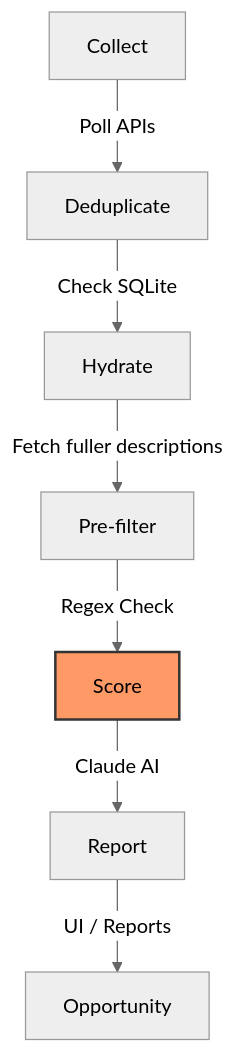
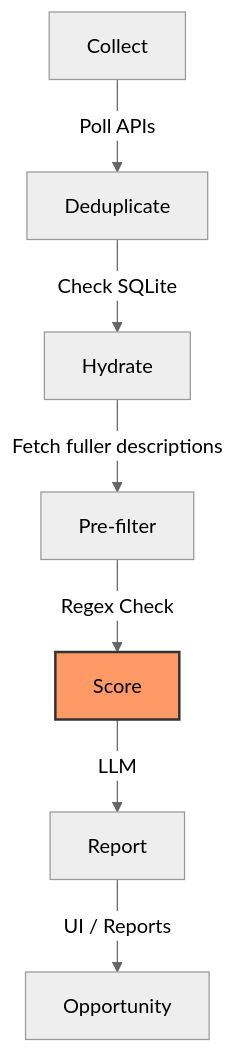
One commit to jdziergwa/job-radar changed the diagram in README.md. Above: the diagram before and after it, drawn with Mermaid (neutral theme). The commit also changed other lines of this file and 6 other files, not shown here.

````diff
--- a/README.md
+++ b/README.md
@@ -200,11 +205,11 @@
 ```mermaid
 graph TD
     A[Collect] -->|Poll APIs| B[Deduplicate]
     B -->|Check SQLite| C[Hydrate]
     C -->|Fetch fuller descriptions| D[Pre-filter]
     D -->|Regex Check| E[Score]
-    E -->|Claude AI| F[Report]
+    E -->|LLM| F[Report]
     F -->|UI / Reports| G[Opportunity]
     
     style E fill:#f96,stroke:#333,stroke-width:2px
 ```
````
